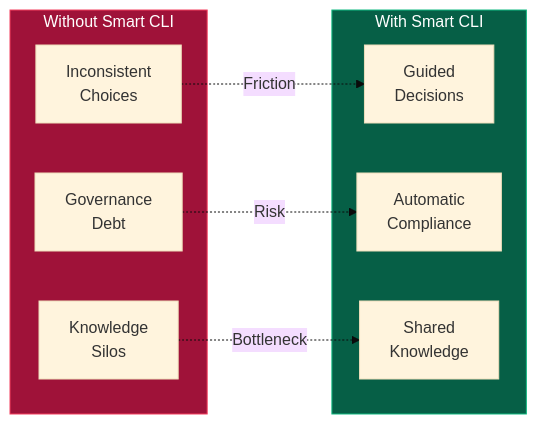
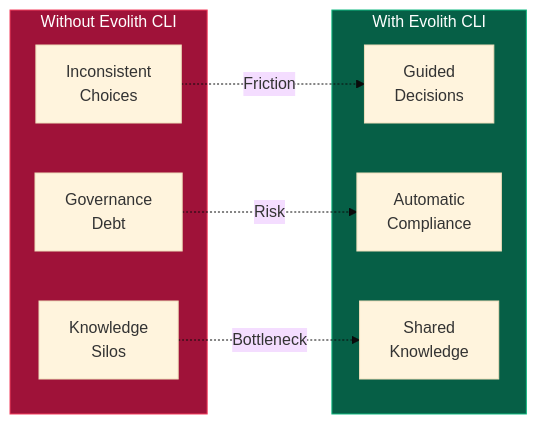
The third of 8 diagrams in product/products/smart-cli/docs/VISION.md (beyondnetcode/evolith_arch32), drawn with Mermaid (base theme) before and after one commit. The commit also changed other lines of this file and 195 other files, not shown here.

First line of the commit message:
refactor(brand): align "Smart CLI" → "Evolith CLI" across docs, code, npm, and assemblies

````diff
--- a/product/products/smart-cli/docs/VISION.md
+++ b/product/products/smart-cli/docs/VISION.md
@@ -109,21 +109,21 @@
 ```mermaid
 graph LR
-    subgraph Before["Without Smart CLI"]
+    subgraph Before["Without Evolith CLI"]
         A1["Inconsistent\nChoices"]
         A2["Governance\nDebt"]
         A3["Knowledge\nSilos"]
     end
 
-    subgraph After["With Smart CLI"]
+    subgraph After["With Evolith CLI"]
         B1["Guided\nDecisions"]
         B2["Automatic\nCompliance"]
         B3["Shared\nKnowledge"]
     end
 
     A1 -.->|"Friction"| B1
     A2 -.->|"Risk"| B2
     A3 -.->|"Bottleneck"| B3
 
     style Before fill:#9f1239,stroke:#f43f5e,color:#fff
     style After fill:#065f46,stroke:#10b981,color:#fff
 ```
````
